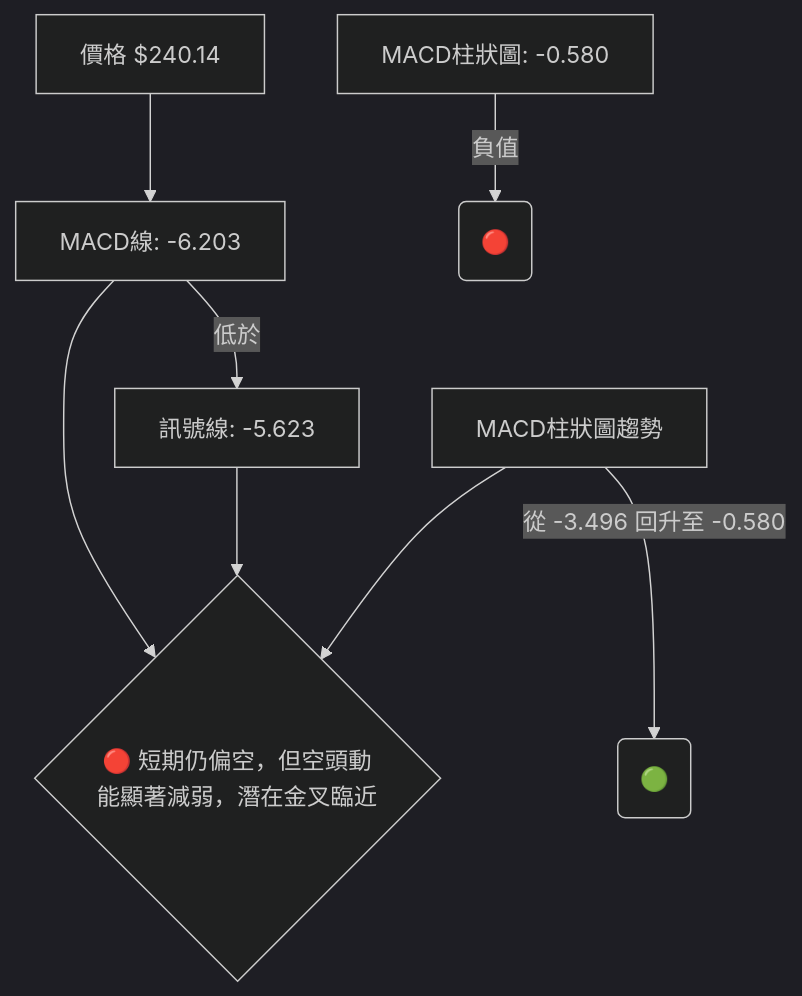
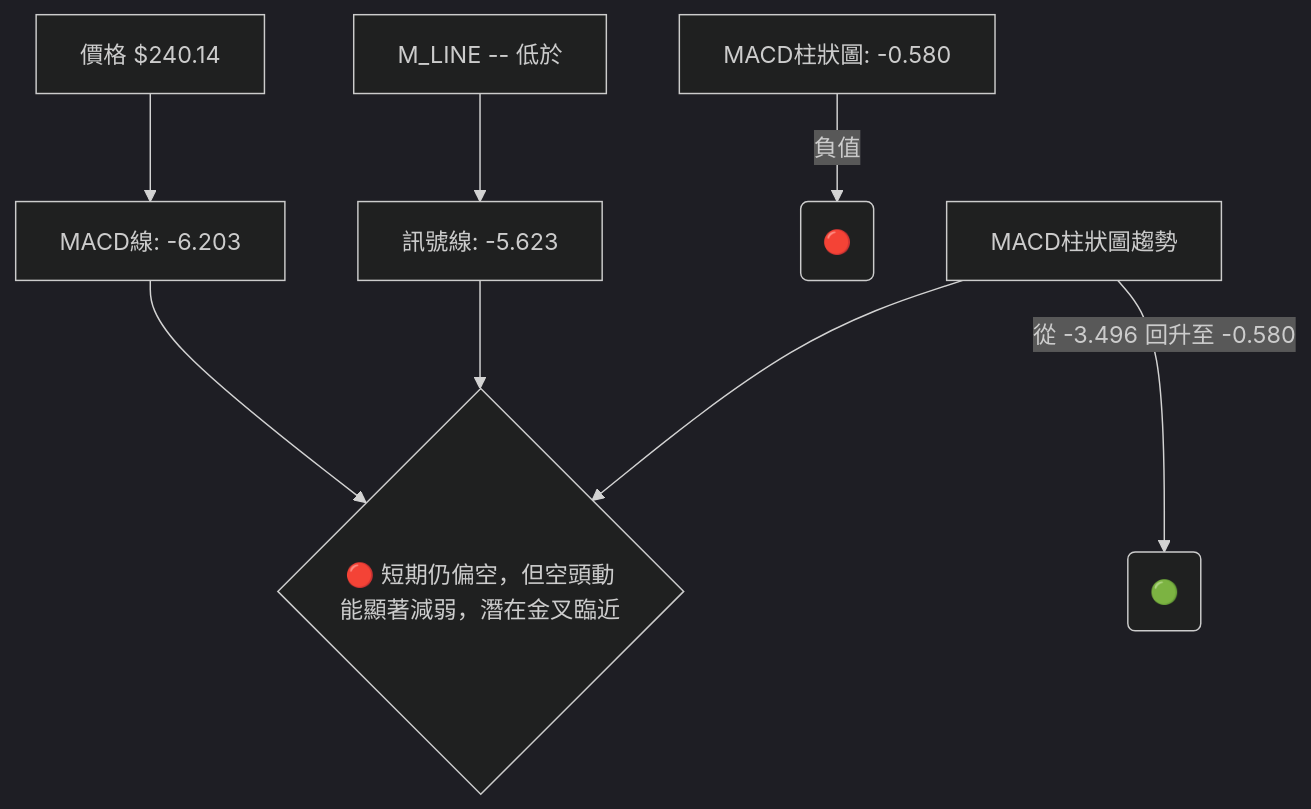
Before and after one commit to yennanliu/finance_data: the seventh of 10 diagrams in ai_gen_report/stock/amzn/technical_analysis_2026-06-29_gemini.md, drawn with Mermaid (dark theme). The commit also changed other lines of this file and 2258 other files, not shown here.

First line of the commit message:
chore: backfill Mermaid syntax repair across existing reports

````diff
--- a/ai_gen_report/stock/amzn/technical_analysis_2026-06-29_gemini.md
+++ b/ai_gen_report/stock/amzn/technical_analysis_2026-06-29_gemini.md
@@ -489,12 +489,12 @@
 ```mermaid
 graph TD
-    P[價格 $240.14] --> M_LINE[MACD線: -6.203]
-    S_LINE[訊號線: -5.623]
-    H_BAR[MACD柱狀圖: -0.580]
+    P["價格 $240.14"] --> M_LINE["MACD線: -6.203"]
+    S_LINE["訊號線: -5.623"]
+    H_BAR["MACD柱狀圖: -0.580"]
 
-    M_LINE -- 低於 --> S_LINE
-    H_BAR -- 負值 --> 空頭動能(🔴)
-    H_BAR_TREND[MACD柱狀圖趨勢] -- 從 -3.496 回升至 -0.580 --> 空頭動能減弱(🟢)
+    nb1["M_LINE -- 低於"] --> S_LINE
+    H_BAR -- 負值 --> 空頭動能("🔴")
+    H_BAR_TREND["MACD柱狀圖趨勢"] -- 從 -3.496 回升至 -0.580 --> 空頭動能減弱("🟢")
 
-    M_LINE & S_LINE & H_BAR_TREND --> 綜合MACD判斷{🔴 短期仍偏空，但空頭動能顯著減弱，潛在金叉臨近}
+    M_LINE & S_LINE & H_BAR_TREND --> 綜合MACD判斷{"🔴 短期仍偏空，但空頭動能顯著減弱，潛在金叉臨近"}
 ```
````
